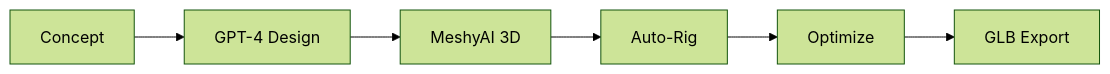
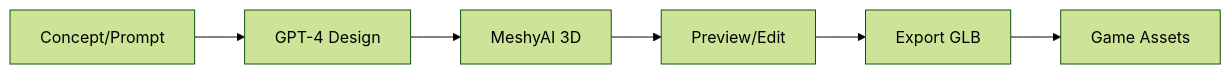
One commit to HyperscapeAI/docs changed the diagram in packages/asset-forge.mdx. Above: the diagram before and after it, drawn with Mermaid (forest theme). The commit also changed other lines of this file and 29 other files, not shown here.

````diff
--- a/packages/asset-forge.mdx
+++ b/packages/asset-forge.mdx
@@ -88,8 +163,8 @@
 ```mermaid
 flowchart LR
-    A[Concept] --> B[GPT-4 Design]
+    A[Concept/Prompt] --> B[GPT-4 Design]
     B --> C[MeshyAI 3D]
-    C --> D[Auto-Rig]
-    D --> E[Optimize]
-    E --> F[GLB Export]
+    C --> D[Preview/Edit]
+    D --> E[Export GLB]
+    E --> F[Game Assets]
 ```
````
